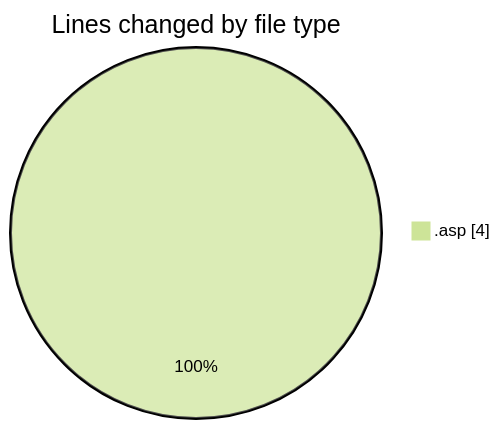
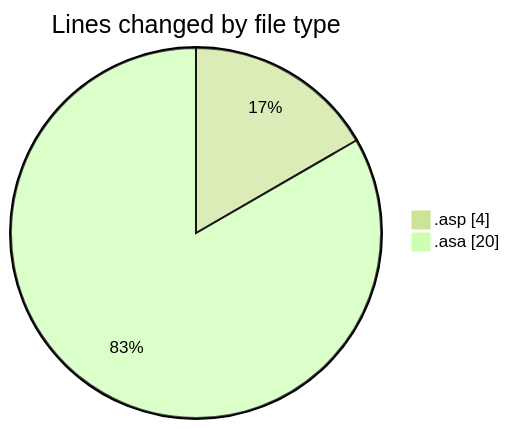
Before and after one commit to julien-gomy/code-tracking: the first of 2 diagrams in 2025-11-06/cdp_aleoudev_fr__workspace_/README.md, drawn with Mermaid (forest theme). The commit also changed other lines of this file and 1 other file, not shown here.

````diff
--- a/2025-11-06/cdp_aleoudev_fr__workspace_/README.md
+++ b/2025-11-06/cdp_aleoudev_fr__workspace_/README.md
@@ -20,5 +21,6 @@
 ```mermaid
 pie showData
 title Lines changed by file type
 ".asp" : 4
+".asa" : 20
 ```
````
